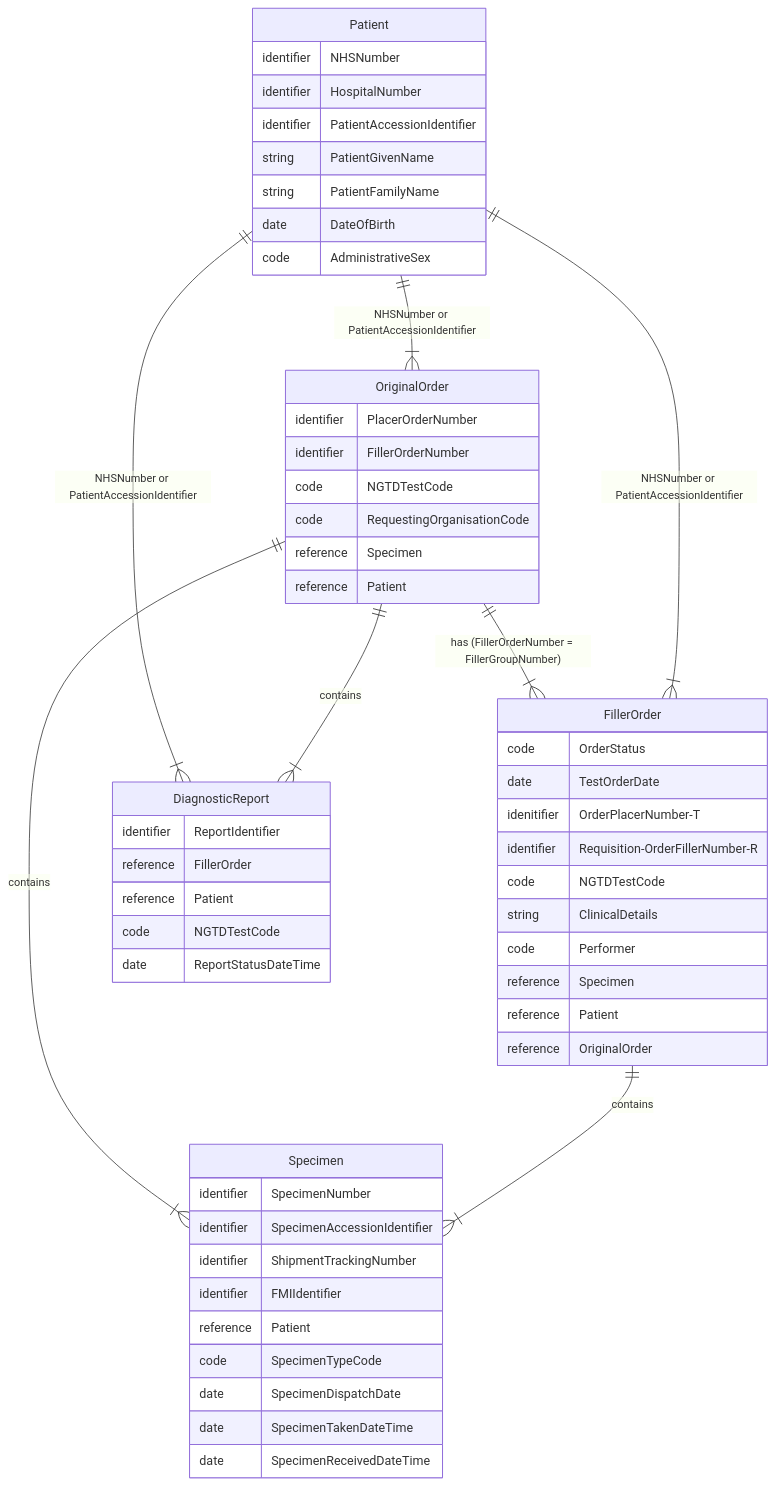
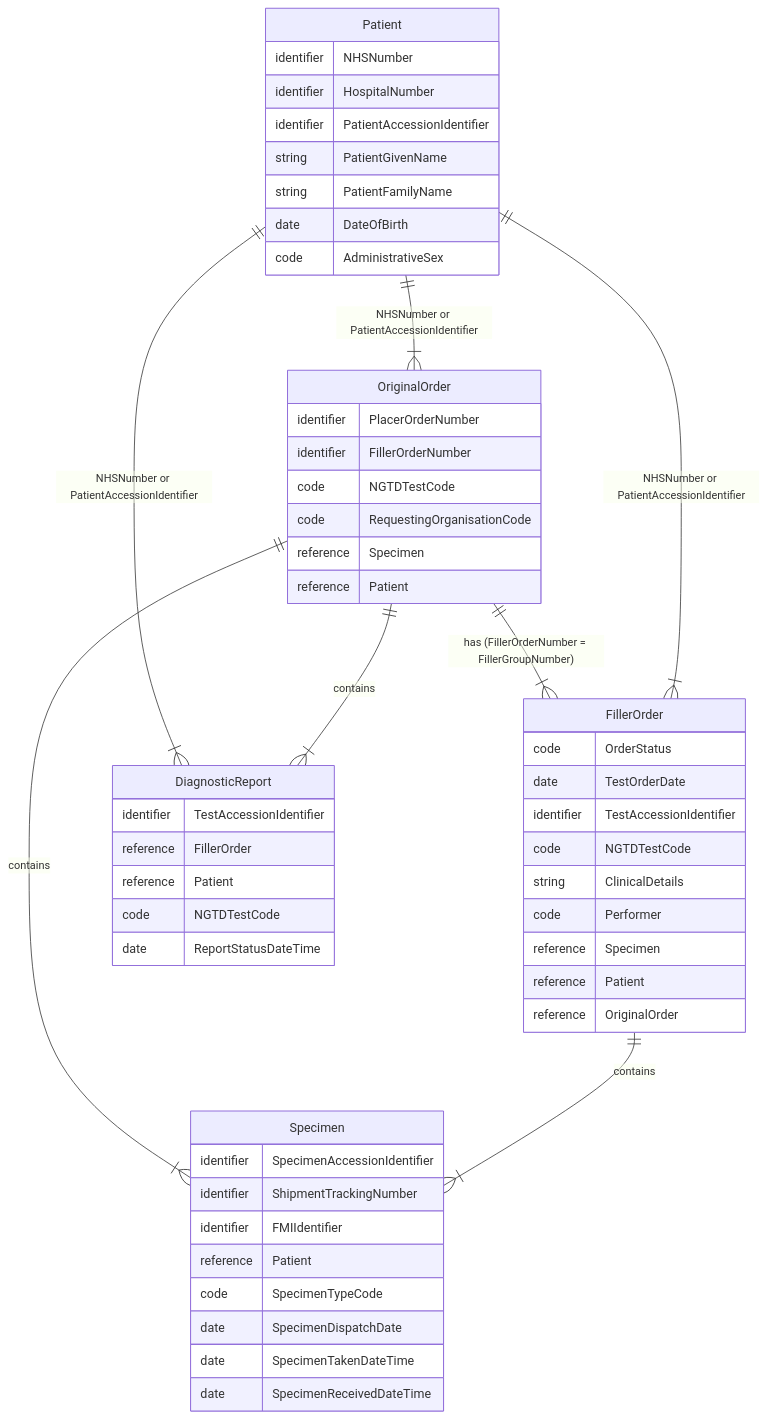
The diagram in input/pagecontent/filler-order.md (nw-gmsa/nw-gmsa.github.com), drawn with Mermaid before and after one commit. The commit also changed other lines of this file, not shown here.

````diff
--- a/input/pagecontent/filler-order.md
+++ b/input/pagecontent/filler-order.md
@@ -3,63 +3,61 @@
 ```mermaid
 erDiagram
 
   OriginalOrder ||--|{ FillerOrder : "has (FillerOrderNumber = FillerGroupNumber)"
   OriginalOrder ||--|{ Specimen : contains
   FillerOrder ||--|{ Specimen : contains
   Patient ||--|{ OriginalOrder : "NHSNumber or PatientAccessionIdentifier"
   Patient ||--|{ FillerOrder : "NHSNumber or PatientAccessionIdentifier" 
   Patient ||--|{ DiagnosticReport : "NHSNumber or PatientAccessionIdentifier" 
   OriginalOrder ||--|{ DiagnosticReport : contains
 
   OriginalOrder {
     identifier PlacerOrderNumber
     identifier FillerOrderNumber
     code NGTDTestCode
     code RequestingOrganisationCode
     reference Specimen
     reference Patient
   }
 
   FillerOrder {
     code OrderStatus
     date TestOrderDate
-    idenitifier OrderPlacerNumber-T
-    identifier Requisition-OrderFillerNumber-R
+    identifier TestAccessionIdentifier
     code NGTDTestCode
     string ClinicalDetails
     code Performer
     reference Specimen
     reference Patient
     reference OriginalOrder
   }
 
   Patient {
     identifier NHSNumber
     identifier HospitalNumber
     identifier PatientAccessionIdentifier
     string PatientGivenName
     string PatientFamilyName
     date DateOfBirth
     code AdministrativeSex
   }
 
   Specimen {
-    identifier SpecimenNumber
     identifier SpecimenAccessionIdentifier
     identifier ShipmentTrackingNumber
     identifier FMIIdentifier
     reference Patient
     code SpecimenTypeCode
     date SpecimenDispatchDate
     date SpecimenTakenDateTime
     date SpecimenReceivedDateTime
   }
 
   DiagnosticReport {
-    identifier ReportIdentifier
+    identifier TestAccessionIdentifier
     reference FillerOrder
     reference Patient
     code NGTDTestCode
     date ReportStatusDateTime
   }
 ```
````
